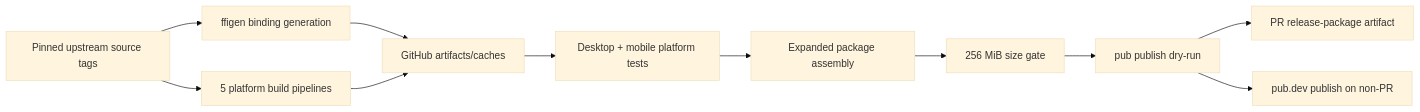
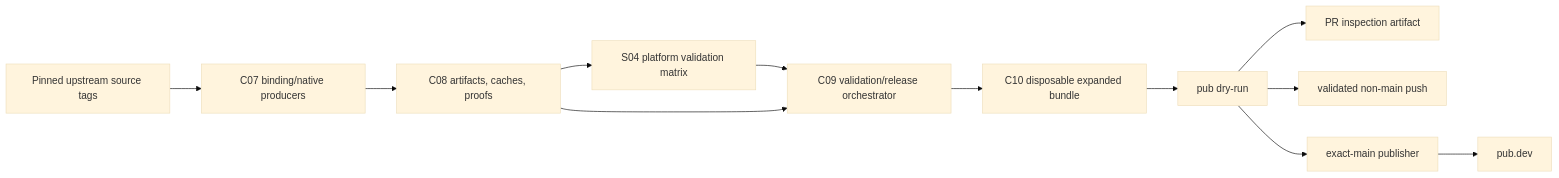
One commit to DartGit-dev/git2dart_binaries changed the second of 2 diagrams in .reversa/_reversa_sdd/architecture.md. Above: the diagram before and after it, drawn with Mermaid (base theme). The commit also changed other lines of this file and 250 other files, not shown here.

Commit message:
Implement behavior-proof validation and harden platform proof gate

````diff
--- a/.reversa/_reversa_sdd/architecture.md
+++ b/.reversa/_reversa_sdd/architecture.md
@@ -119,13 +132,14 @@
 ```mermaid
 flowchart LR
-  Sources["Pinned upstream source tags"] --> BindGen["ffigen binding generation"]
-  Sources --> NativeBuilds["5 platform build pipelines"]
-  BindGen --> Artifacts["GitHub artifacts/caches"]
-  NativeBuilds --> Artifacts
-  Artifacts --> Tests["Desktop + mobile platform tests"]
-  Tests --> Assemble["Expanded package assembly"]
-  Assemble --> Size["256 MiB size gate"]
-  Size --> DryRun["pub publish dry-run"]
-  DryRun --> PR["PR release-package artifact"]
-  DryRun --> Publish["pub.dev publish on non-PR"]
+  Sources["Pinned upstream source tags"] --> Producers["C07 binding/native producers"]
+  Producers --> Fabric["C08 artifacts, caches, proofs"]
+  Fabric --> Matrix["S04 platform validation matrix"]
+  Matrix --> Release["C09 validation/release orchestrator"]
+  Fabric --> Release
+  Release --> Bundle["C10 disposable expanded bundle"]
+  Bundle --> DryRun["pub dry-run"]
+  DryRun --> PR["PR inspection artifact"]
+  DryRun --> NonMain["validated non-main push"]
+  DryRun --> Main["exact-main publisher"]
+  Main --> Registry["pub.dev"]
 ```
````
